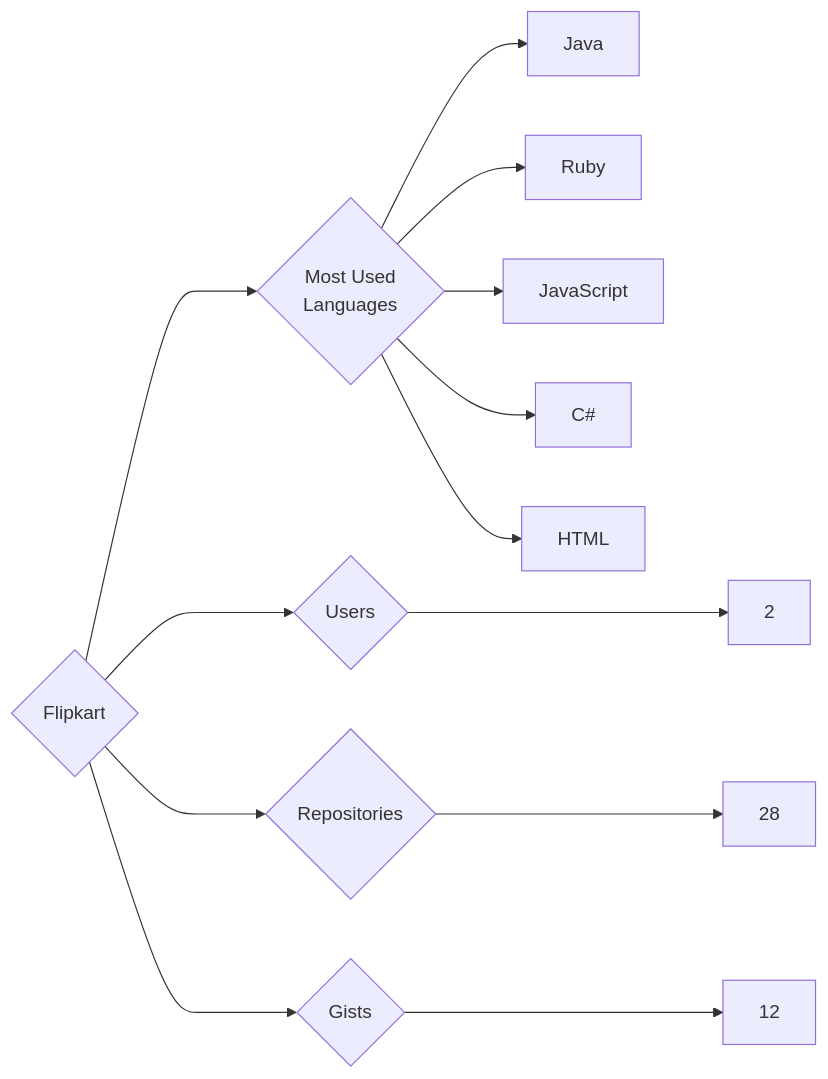
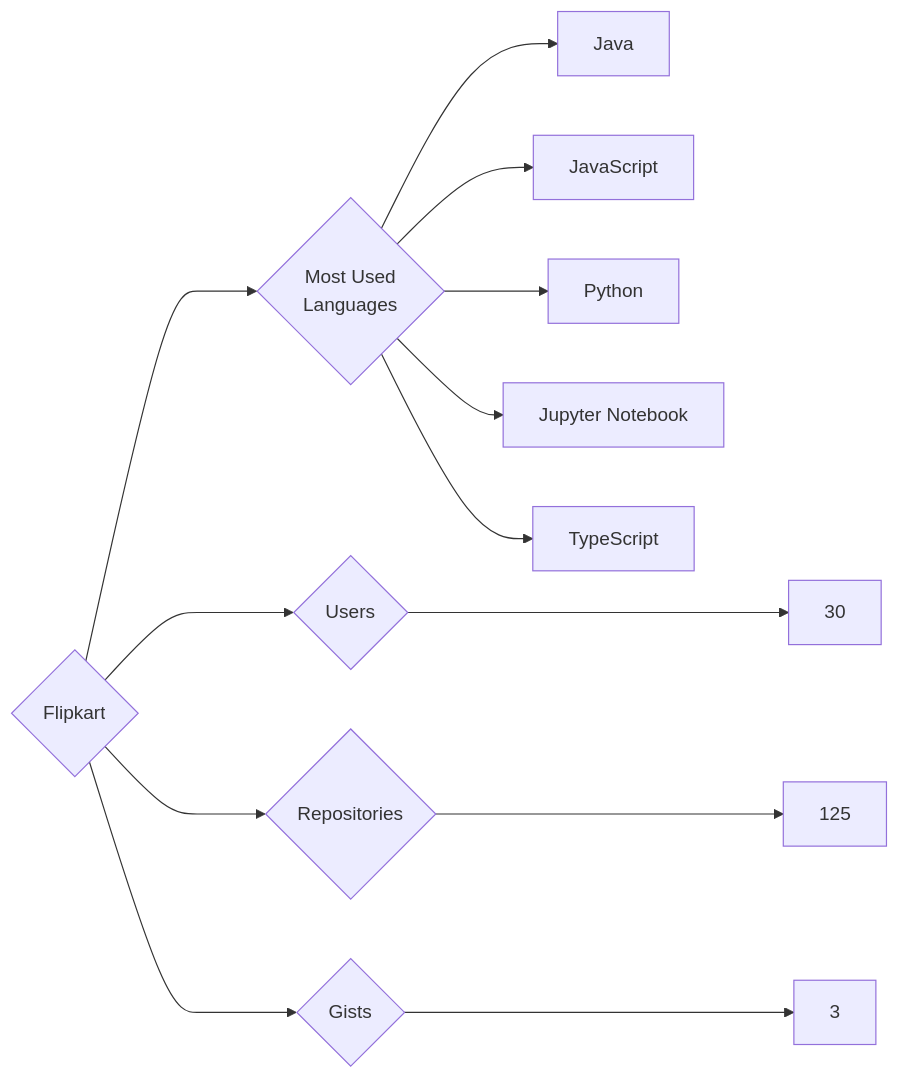
The diagram in targets/Flipkart/README.md (trickest/insiders), drawn with Mermaid before and after one commit. The commit also changed 644 other files, not shown here.

````diff
--- a/targets/Flipkart/README.md
+++ b/targets/Flipkart/README.md
@@ -3,13 +3,13 @@
 ```mermaid
 graph LR
 COMPANY_NAME{Flipkart}
-COMPANY_NAME ---> U{Users} ---> UN[2]
-COMPANY_NAME ---> R{Repositories} ---> RN[28]
-COMPANY_NAME ---> G{Gists} ---> GN[12]
+COMPANY_NAME ---> U{Users} ---> UN[30]
+COMPANY_NAME ---> R{Repositories} ---> RN[125]
+COMPANY_NAME ---> G{Gists} ---> GN[3]
 COMPANY_NAME ---> ML{Most Used<br>Languages}
 ML --> Java[Java]
-ML --> Ruby[Ruby]
 ML --> JavaScript[JavaScript]
-ML --> C#[C#]
-ML --> HTML[HTML]
+ML --> Python[Python]
+ML --> Jupyter_Notebook[Jupyter Notebook]
+ML --> TypeScript[TypeScript]
 ```
````
